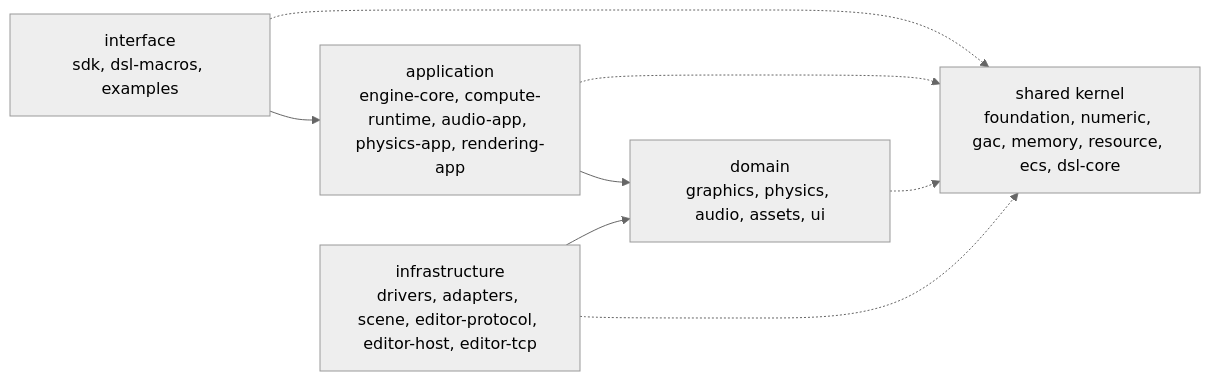
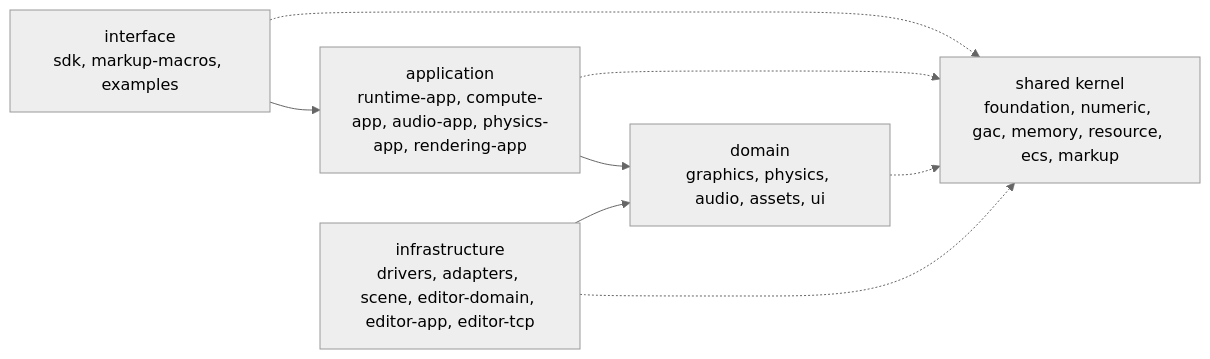
The diagram in README.md (F000NKKK/Meridian-Engine), drawn with Mermaid (neutral theme) before and after one commit. The commit also changed other lines of this file and 1170 other files, not shown here.

````diff
--- a/README.md
+++ b/README.md
@@ -142,11 +142,11 @@
 ```mermaid
 flowchart LR
-    I[interface<br/>sdk, dsl-macros, examples] --> A[application<br/>engine-core, compute-runtime, audio-app, physics-app, rendering-app]
+    I[interface<br/>sdk, markup-macros, examples] --> A[application<br/>runtime-app, compute-app, audio-app, physics-app, rendering-app]
     A --> D[domain<br/>graphics, physics, audio, assets, ui]
-    X[infrastructure<br/>drivers, adapters, scene, editor-protocol, editor-host, editor-tcp] --> D
-    K[shared kernel<br/>foundation, numeric, gac, memory, resource, ecs, dsl-core]
+    X[infrastructure<br/>drivers, adapters, scene, editor-domain, editor-app, editor-tcp] --> D
+    K[shared kernel<br/>foundation, numeric, gac, memory, resource, ecs, markup]
     I -.-> K
     A -.-> K
     D -.-> K
     X -.-> K
 ```
````
